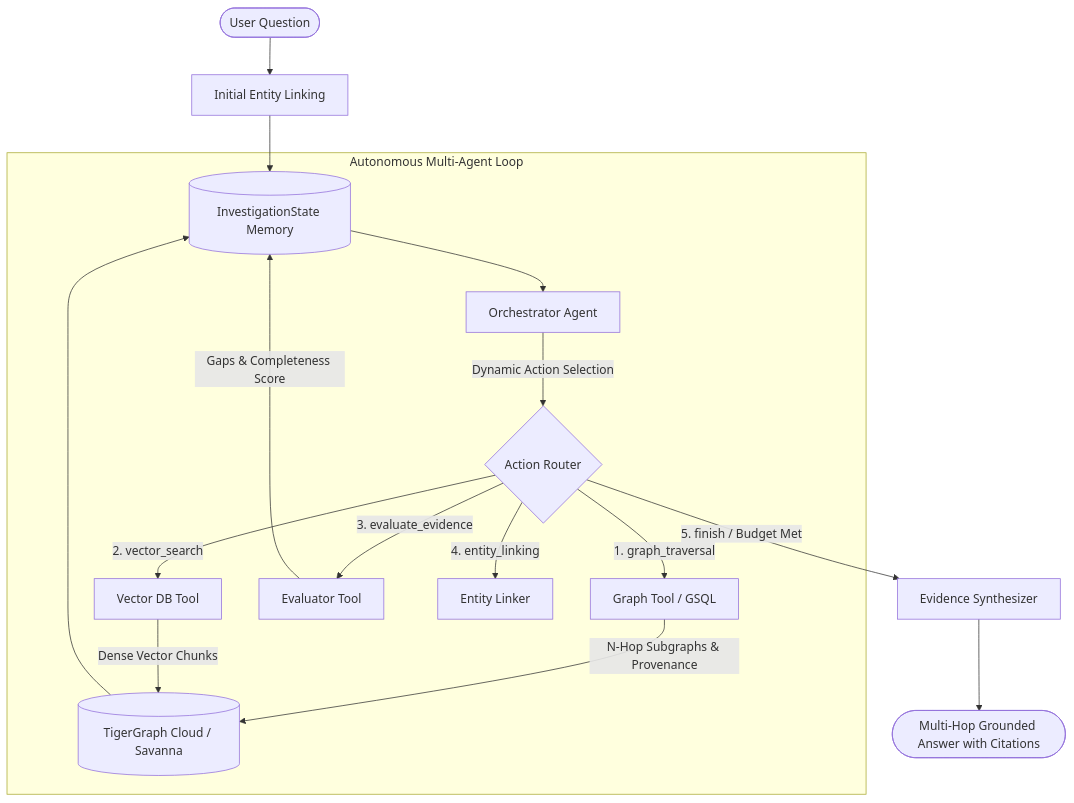
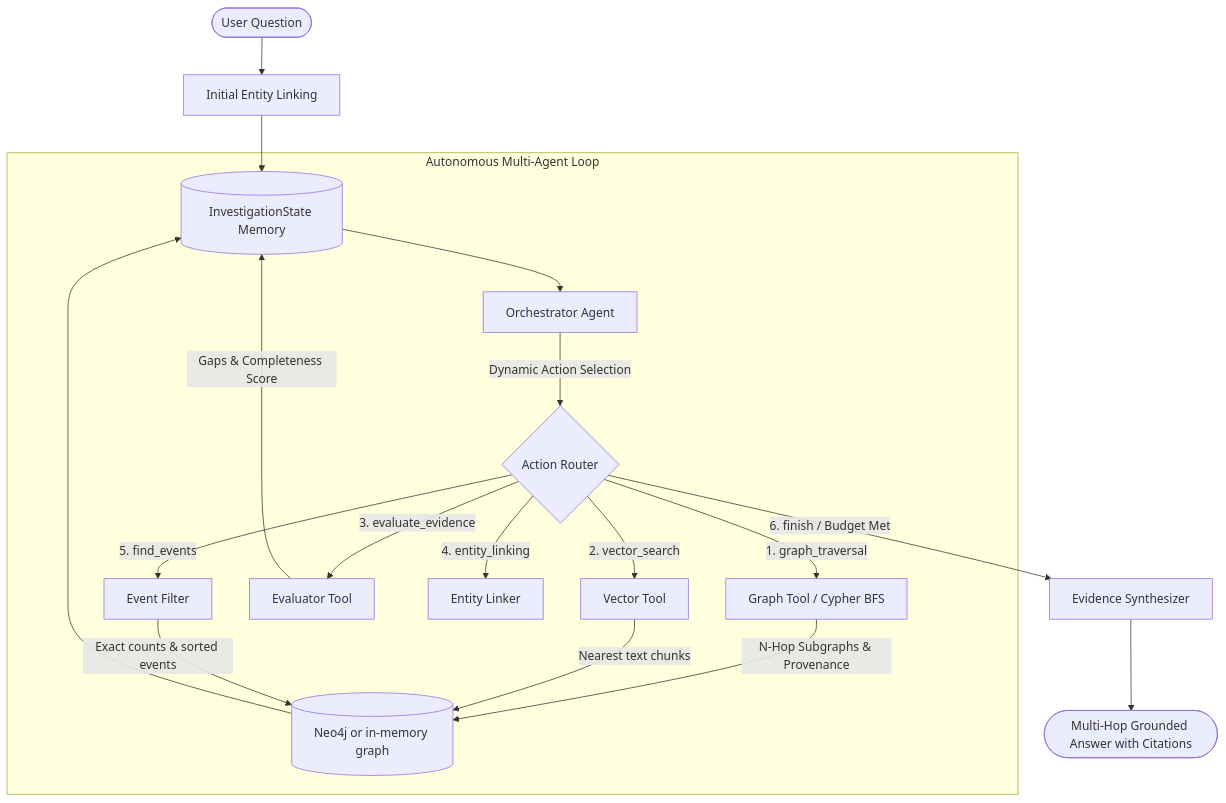
The diagram in README.md (Mann-Patel85/GraphScout), drawn with Mermaid before and after one commit. The commit also changed other lines of this file and 63 other files, not shown here.

````diff
--- a/README.md
+++ b/README.md
@@ -17,24 +25,26 @@
 ```mermaid
 flowchart TD
     UserQuery([User Question]) --> Init[Initial Entity Linking]
     Init --> State[(InvestigationState Memory)]
-    
+
     subgraph Autonomous Multi-Agent Loop
         State --> Orch[Orchestrator Agent]
         Orch -->|Dynamic Action Selection| Router{Action Router}
-        
-        Router -->|1. graph_traversal| GrTool[Graph Tool / GSQL]
-        Router -->|2. vector_search| VecTool[Vector DB Tool]
+
+        Router -->|1. graph_traversal| GrTool[Graph Tool / Cypher BFS]
+        Router -->|2. vector_search| VecTool[Vector Tool]
         Router -->|3. evaluate_evidence| EvalTool[Evaluator Tool]
         Router -->|4. entity_linking| LinkTool[Entity Linker]
-        
-        GrTool -->|N-Hop Subgraphs & Provenance| TG[(TigerGraph Cloud / Savanna)]
-        VecTool -->|Dense Vector Chunks| TG
-        
-        TG --> State
+        Router -->|5. find_events| EvTool[Event Filter]
+
+        GrTool -->|N-Hop Subgraphs & Provenance| DB[(Neo4j or in-memory graph)]
+        VecTool -->|Nearest text chunks| DB
+        EvTool -->|Exact counts & sorted events| DB
+
+        DB --> State
         EvalTool -->|Gaps & Completeness Score| State
     end
-    
-    Router -->|5. finish / Budget Met| Synth[Evidence Synthesizer]
+
+    Router -->|6. finish / Budget Met| Synth[Evidence Synthesizer]
     Synth --> FinalAnswer([Multi-Hop Grounded Answer with Citations])
 ```
````
